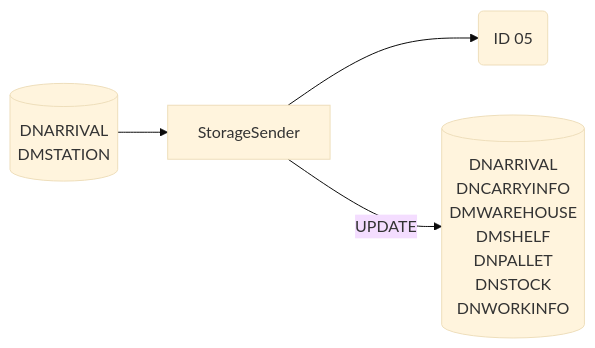
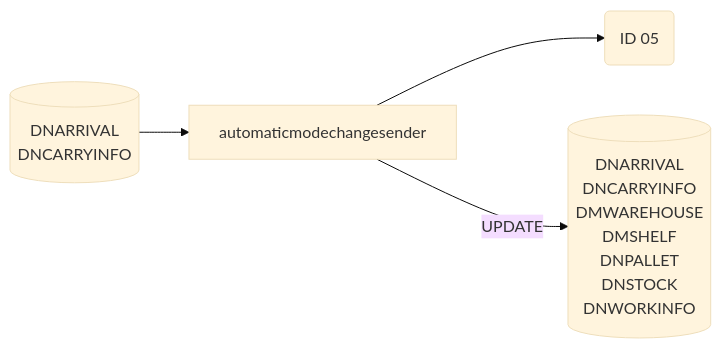
One commit to luthfiadityaa/SimeDarby-Wiki changed the second of 9 diagrams in Basic-Design/DFD-WMS/Storage/Planned-Storage-Packaging-Material/Storage-Flow-(Packaging-Material).md. Above: the diagram before and after it, drawn with Mermaid (base theme). The commit also changed other lines of this file, not shown here.

Commit message:
Updated Storage Flow (Packaging Material)

```diff
--- a/Basic-Design/DFD-WMS/Storage/Planned-Storage-Packaging-Material/Storage-Flow-(Packaging-Material).md
+++ b/Basic-Design/DFD-WMS/Storage/Planned-Storage-Packaging-Material/Storage-Flow-(Packaging-Material).md
@@ -67,23 +93,23 @@
 ::: mermaid
 flowchart LR
-StorageSender-update[("
+automaticmodechangesender-update[("
 DNARRIVAL
 DNCARRYINFO
 DMWAREHOUSE
 DMSHELF
 DNPALLET
 DNSTOCK
 DNWORKINFO
 ")]
-StorageSender-input[("
+automaticmodechangesender-input[("
 DNARRIVAL
-DMSTATION
+DNCARRYINFO
 ")]
 
 id05msg("
 ID 05
 ")
 
-StorageSender-input-->StorageSender-->id05msg
-StorageSender--> |UPDATE| StorageSender-update
+automaticmodechangesender-input-->automaticmodechangesender-->id05msg
+automaticmodechangesender--> |UPDATE| automaticmodechangesender-update
 :::
```
